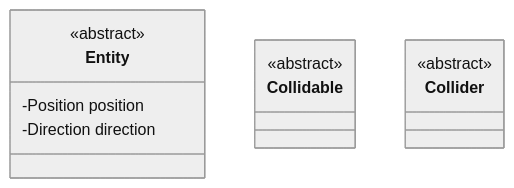
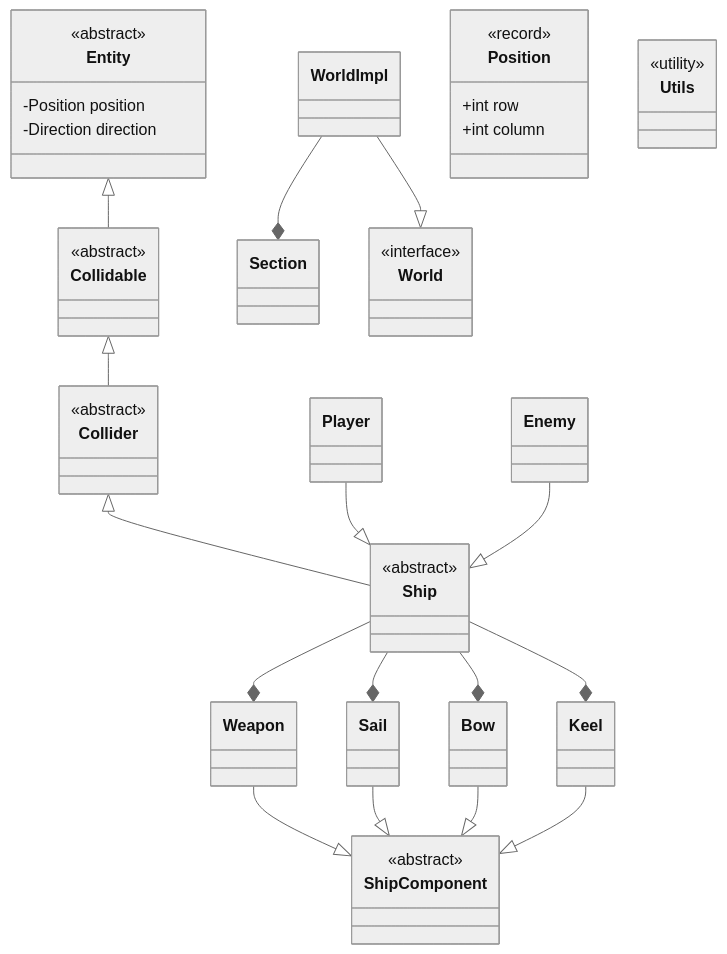
The diagram in report/diagrams/uml.md (thunderingmarmot/OOP23-objectonepiece), drawn with Mermaid (neutral theme) before and after one commit.

Commit message:
Updated whole project's UML diagram

````diff
--- a/report/diagrams/uml.md
+++ b/report/diagrams/uml.md
@@ -1,13 +1,62 @@
 ```mermaid
 classDiagram
-    class Entity
-    <<abstract>> Entity
-    Entity : -Position position
-    Entity : -Direction direction
 
-    class Collidable
-    <<abstract>> Collidable
+class Entity
+<<abstract>> Entity
+Entity : -Position position
+Entity : -Direction direction
 
-    class Collider
-    <<abstract>> Collider
+Entity <|-- Collidable
+class Collidable
+<<abstract>> Collidable
+
+Collidable <|-- Collider
+class Collider
+<<abstract>> Collider
+
+Collider <|-- Ship
+Ship --* Weapon
+Ship --* Sail
+Ship --* Bow
+Ship --* Keel
+class Ship
+<<abstract>> Ship
+
+class ShipComponent
+<<abstract>> ShipComponent
+
+Weapon --|> ShipComponent 
+class Weapon
+
+Sail --|> ShipComponent
+class Sail
+
+Bow --|> ShipComponent
+class Bow
+
+Keel --|> ShipComponent
+class Keel
+
+Player --|> Ship
+class Player
+
+Enemy --|> Ship
+class Enemy
+
+class Section
+
+class World
+<<interface>> World
+
+WorldImpl --* Section
+WorldImpl --|> World
+class WorldImpl
+
+class Position
+<<record>> Position
+Position : +int row
+Position : +int column
+
+class Utils
+<<utility>> Utils
 ```
````
